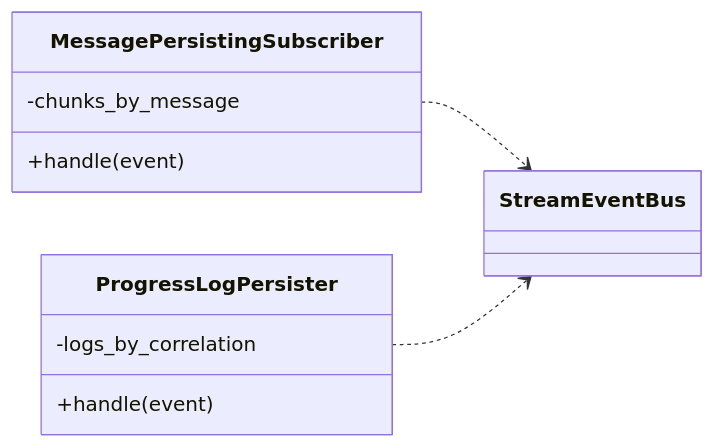
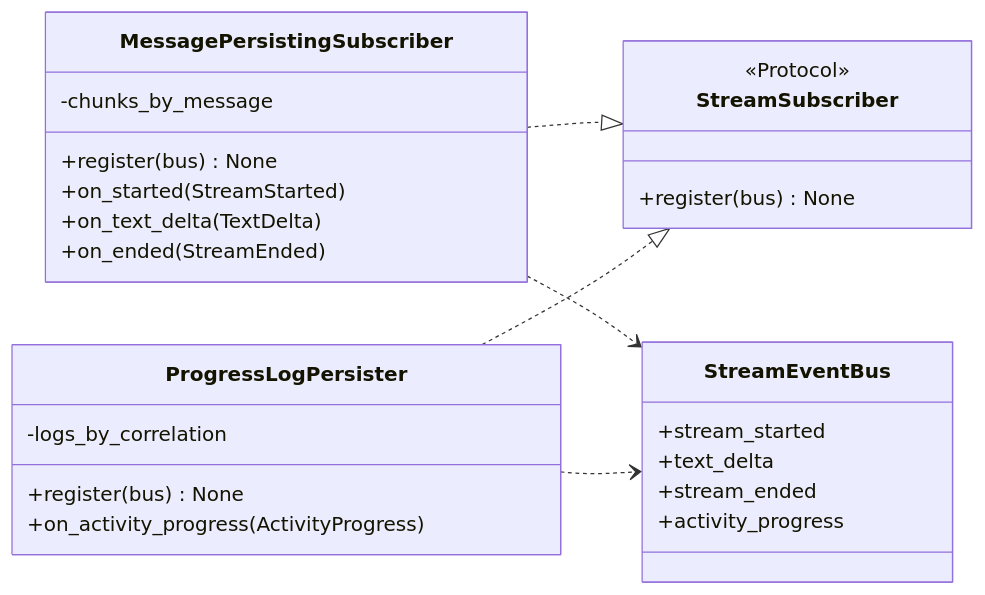
The ninth of 17 diagrams in unique_toolkit/docs/streaming_architecture_visual.md (Unique-AG/ai), drawn with Mermaid before and after one commit. The commit also changed other lines of this file and 19 other files, not shown here.

````diff
--- a/unique_toolkit/docs/streaming_architecture_visual.md
+++ b/unique_toolkit/docs/streaming_architecture_visual.md
@@ -308,16 +314,31 @@
 ```mermaid
 classDiagram
     direction LR
+    class StreamSubscriber {
+        <<Protocol>>
+        +register(bus) None
+    }
     class MessagePersistingSubscriber {
         -chunks_by_message
-        +handle(event)
+        +register(bus) None
+        +on_started(StreamStarted)
+        +on_text_delta(TextDelta)
+        +on_ended(StreamEnded)
     }
     class ProgressLogPersister {
         -logs_by_correlation
-        +handle(event)
+        +register(bus) None
+        +on_activity_progress(ActivityProgress)
     }
-    class StreamEventBus
+    class StreamEventBus {
+        +stream_started
+        +text_delta
+        +stream_ended
+        +activity_progress
+    }
 
+    MessagePersistingSubscriber ..|> StreamSubscriber
+    ProgressLogPersister ..|> StreamSubscriber
     MessagePersistingSubscriber ..> StreamEventBus
     ProgressLogPersister ..> StreamEventBus
 ```
````
